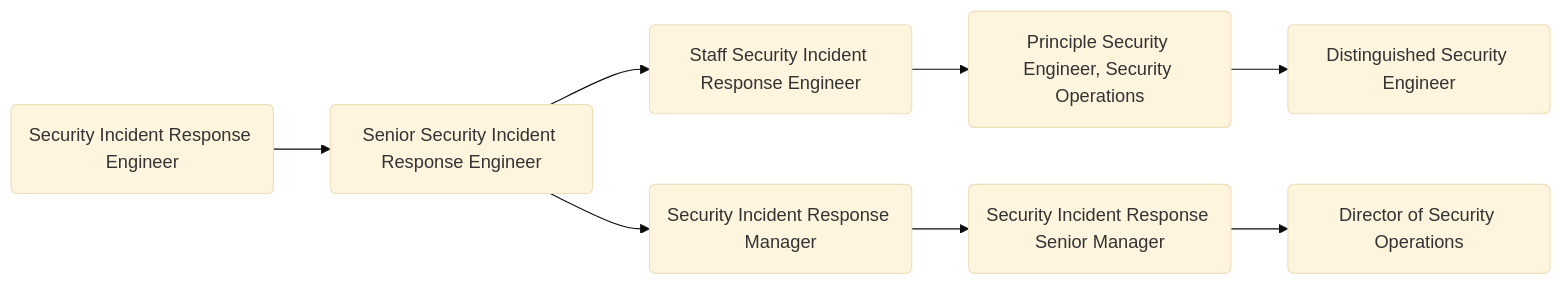
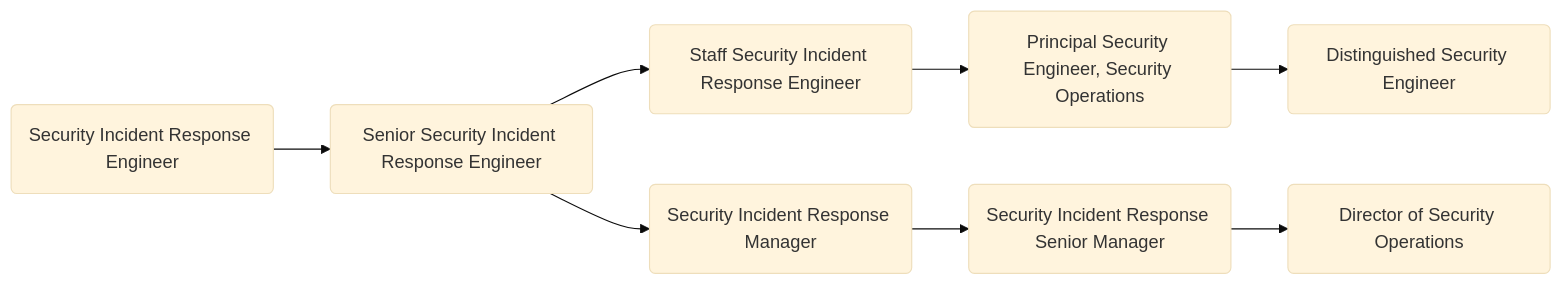
Before and after one commit to zalyoung/gitlab-handbook: the diagram in content/job-families/security/security-incident-response-team.md, drawn with Mermaid (base theme).

Commit message:
Apply 1 suggestion(s) to 1 file(s)

````diff
--- a/content/job-families/security/security-incident-response-team.md
+++ b/content/job-families/security/security-incident-response-team.md
@@ -203,10 +203,10 @@
 ```mermaid
   graph LR;
   sec:se(Security Incident Response Engineer)-->sec:sse(Senior Security Incident Response Engineer);
   sec:sse(Senior Security Incident Response Engineer)-->sec:stse(Staff Security Incident Response Engineer);
   sec:stse(Staff Security Incident Response Engineer)-->sec:pse(Principal Security Engineer, Security Operations);
-  sec:pse(Principle Security Engineer, Security Operations)-->sec:dse(Distinguished Security Engineer);
+  sec:pse(Principal Security Engineer, Security Operations)-->sec:dse(Distinguished Security Engineer);
   sec:sse(Senior Security Incident Response Engineer)-->sec:sem(Security Incident Response Manager);
   sec:sem(Security Incident Response Manager)-->sec:sesm(Security Incident Response Senior Manager);
   sec:sesm(Security Incident Response Senior Manager)-->sec:ds(Director of Security Operations);
 ```
````
